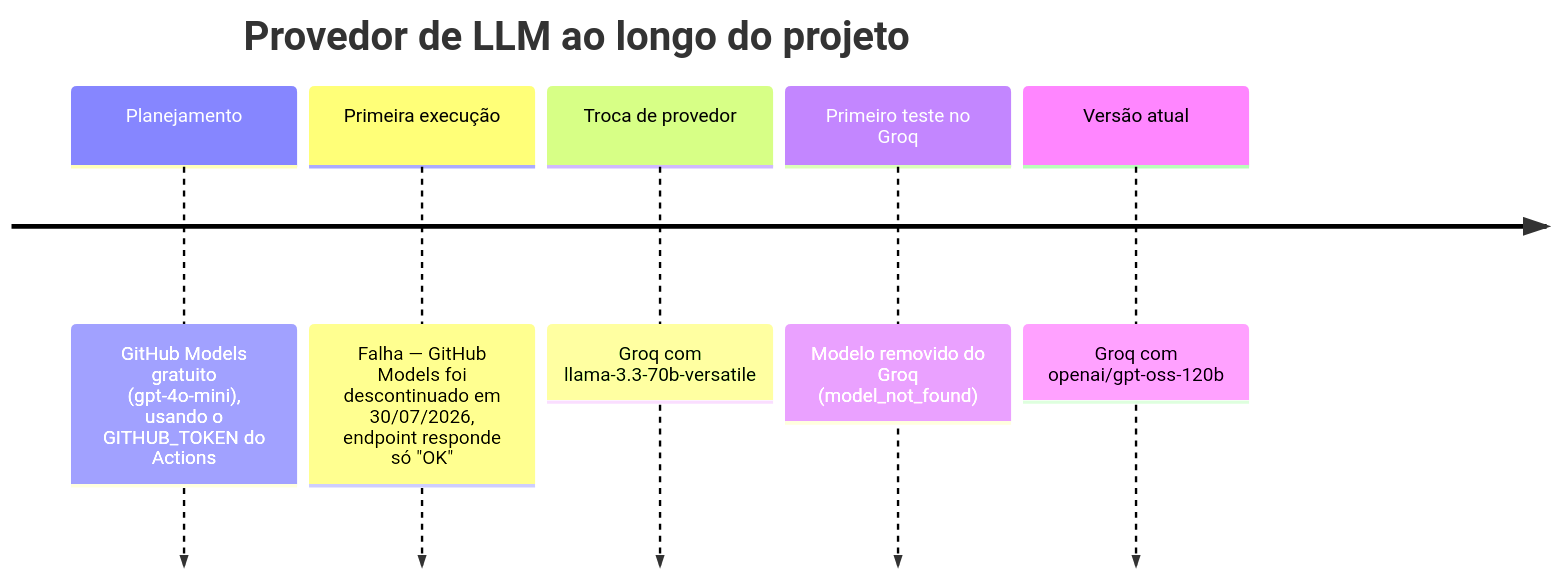
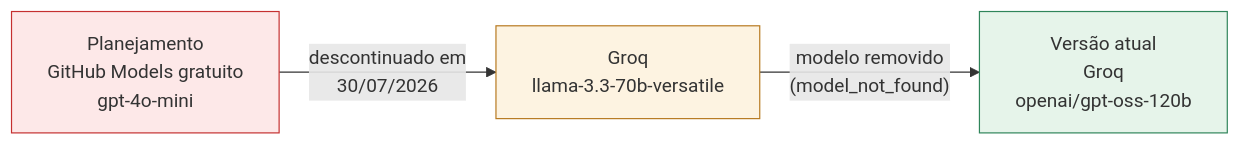
Before and after one commit to Godofin/poc-reports: diagram 11 of 14 in docs/documentacao.md, drawn with Mermaid. The commit also changed other lines of this file, not shown here.

Commit message:
Docs: troca diagramas timeline por fluxogramas (renderização no GitHub)

````diff
--- a/docs/documentacao.md
+++ b/docs/documentacao.md
@@ -434,9 +434,9 @@
 ```mermaid
-timeline
-    title Provedor de LLM ao longo do projeto
-    Planejamento : GitHub Models gratuito (gpt-4o-mini), usando o GITHUB_TOKEN do Actions
-    Primeira execução : Falha — GitHub Models foi descontinuado em 30/07/2026, endpoint responde só "OK"
-    Troca de provedor : Groq com llama-3.3-70b-versatile
-    Primeiro teste no Groq : Modelo removido do Groq (model_not_found)
-    Versão atual : Groq com openai/gpt-oss-120b
+flowchart LR
+    A["Planejamento<br/>GitHub Models gratuito<br/>gpt-4o-mini"] -- "descontinuado em<br/>30/07/2026" --> B["Groq<br/>llama-3.3-70b-versatile"]
+    B -- "modelo removido<br/>(model_not_found)" --> C["Versão atual<br/>Groq<br/>openai/gpt-oss-120b"]
+
+    style A fill:#fde8e8,stroke:#c53030
+    style B fill:#fdf3e1,stroke:#b7791f
+    style C fill:#e6f4ea,stroke:#2f855a
 ```
````
